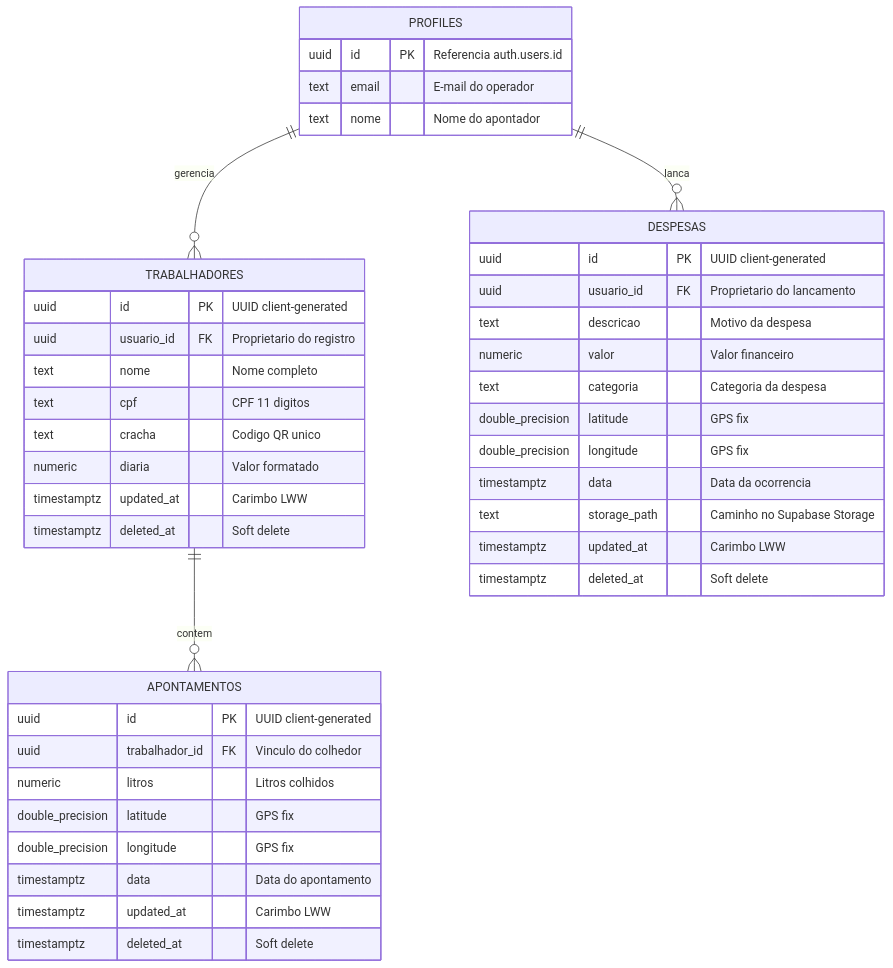
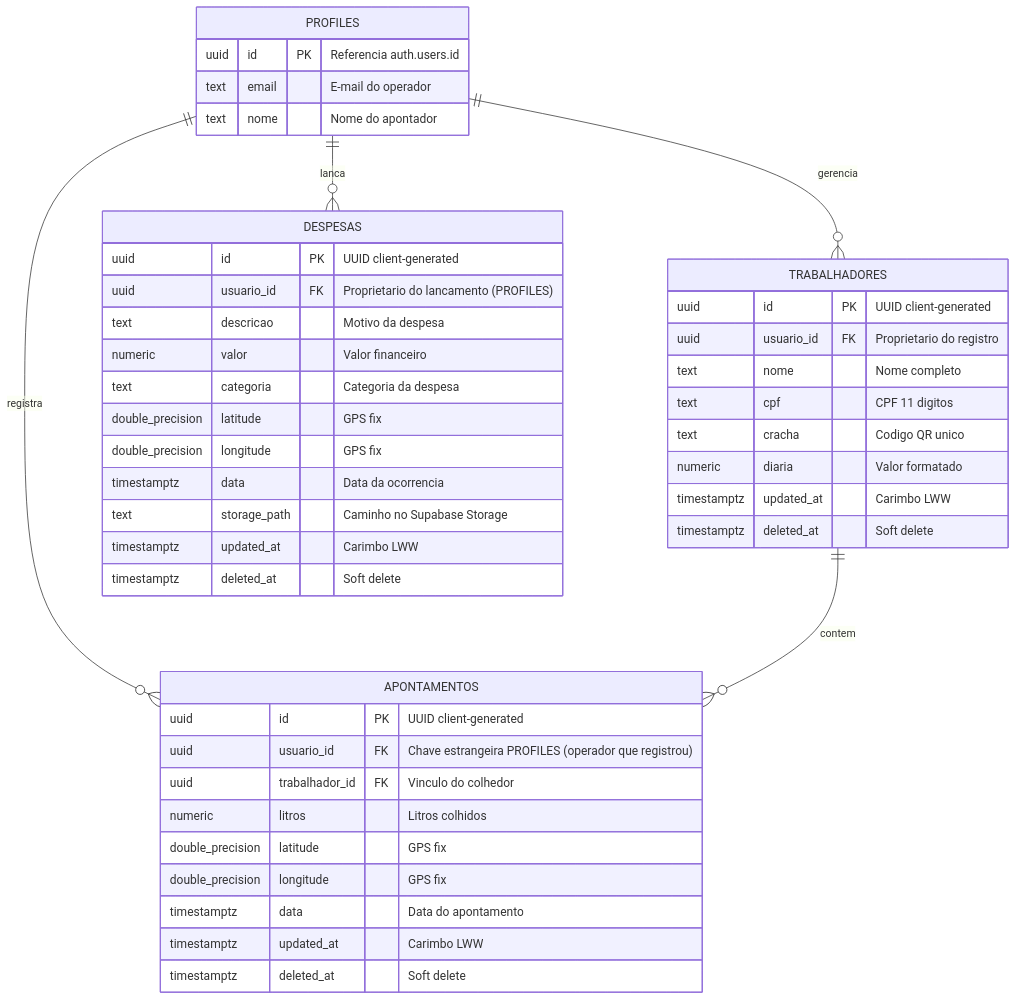
The fourth of 11 diagrams in docs/documento-software-mobile.md (JoaoPedroScalioni/MOBILEEE), drawn with Mermaid before and after one commit. The commit also changed other lines of this file, not shown here.

````diff
--- a/docs/documento-software-mobile.md
+++ b/docs/documento-software-mobile.md
@@ -477,48 +503,50 @@
 ```mermaid
 erDiagram
     PROFILES ||--o{ TRABALHADORES : gerencia
+    PROFILES ||--o{ APONTAMENTOS : registra
+    PROFILES ||--o{ DESPESAS : lanca
     TRABALHADORES ||--o{ APONTAMENTOS : contem
-    PROFILES ||--o{ DESPESAS : lanca
 
     PROFILES {
         uuid id PK "Referencia auth.users.id"
         text email "E-mail do operador"
         text nome "Nome do apontador"
     }
 
     TRABALHADORES {
         uuid id PK "UUID client-generated"
         uuid usuario_id FK "Proprietario do registro"
         text nome "Nome completo"
         text cpf "CPF 11 digitos"
         text cracha "Codigo QR unico"
         numeric diaria "Valor formatado"
         timestamptz updated_at "Carimbo LWW"
         timestamptz deleted_at "Soft delete"
     }
 
     APONTAMENTOS {
         uuid id PK "UUID client-generated"
+        uuid usuario_id FK "Chave estrangeira PROFILES (operador que registrou)"
         uuid trabalhador_id FK "Vinculo do colhedor"
         numeric litros "Litros colhidos"
         double_precision latitude "GPS fix"
         double_precision longitude "GPS fix"
         timestamptz data "Data do apontamento"
         timestamptz updated_at "Carimbo LWW"
         timestamptz deleted_at "Soft delete"
     }
 
     DESPESAS {
         uuid id PK "UUID client-generated"
-        uuid usuario_id FK "Proprietario do lancamento"
+        uuid usuario_id FK "Proprietario do lancamento (PROFILES)"
         text descricao "Motivo da despesa"
         numeric valor "Valor financeiro"
         text categoria "Categoria da despesa"
         double_precision latitude "GPS fix"
         double_precision longitude "GPS fix"
         timestamptz data "Data da ocorrencia"
         text storage_path "Caminho no Supabase Storage"
         timestamptz updated_at "Carimbo LWW"
         timestamptz deleted_at "Soft delete"
     }
 ```
````
